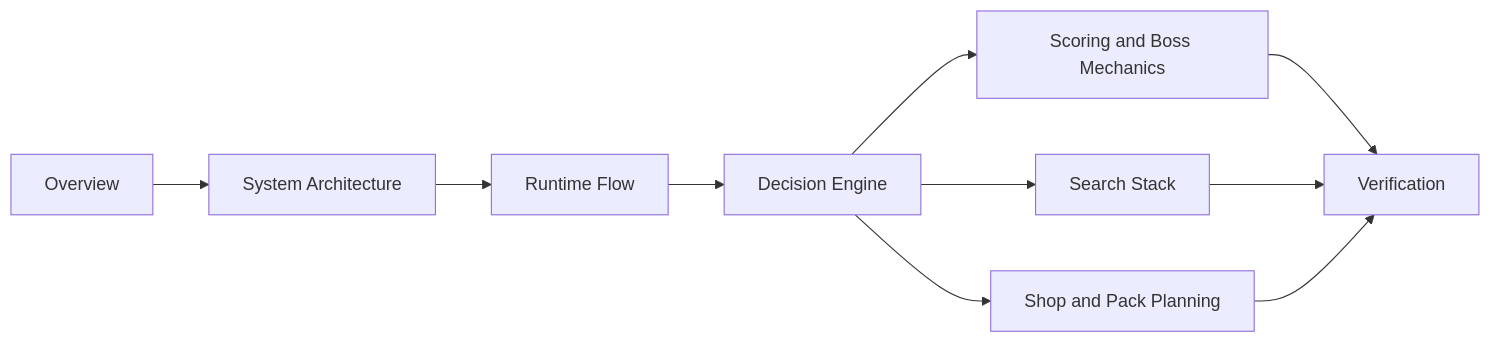
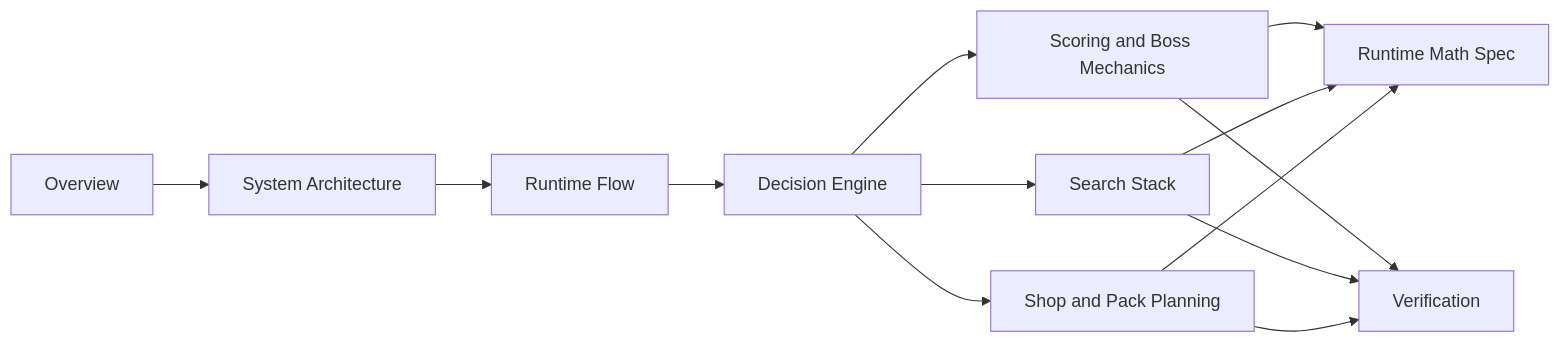
One commit to Nikhil-wannabe/RL_Balatro changed the first of 2 diagrams in docs/work_done/README.md. Above: the diagram before and after it, drawn with Mermaid. The commit also changed other lines of this file and 12 other files, not shown here.

````diff
--- a/docs/work_done/README.md
+++ b/docs/work_done/README.md
@@ -7,12 +7,15 @@
 ```mermaid
 flowchart LR
     A["Overview"] --> B["System Architecture"]
     B --> C["Runtime Flow"]
     C --> D["Decision Engine"]
     D --> E["Scoring and Boss Mechanics"]
     D --> F["Search Stack"]
     D --> G["Shop and Pack Planning"]
+    E --> I["Runtime Math Spec"]
+    F --> I
+    G --> I
     E --> H["Verification"]
     F --> H
     G --> H
 ```
````
